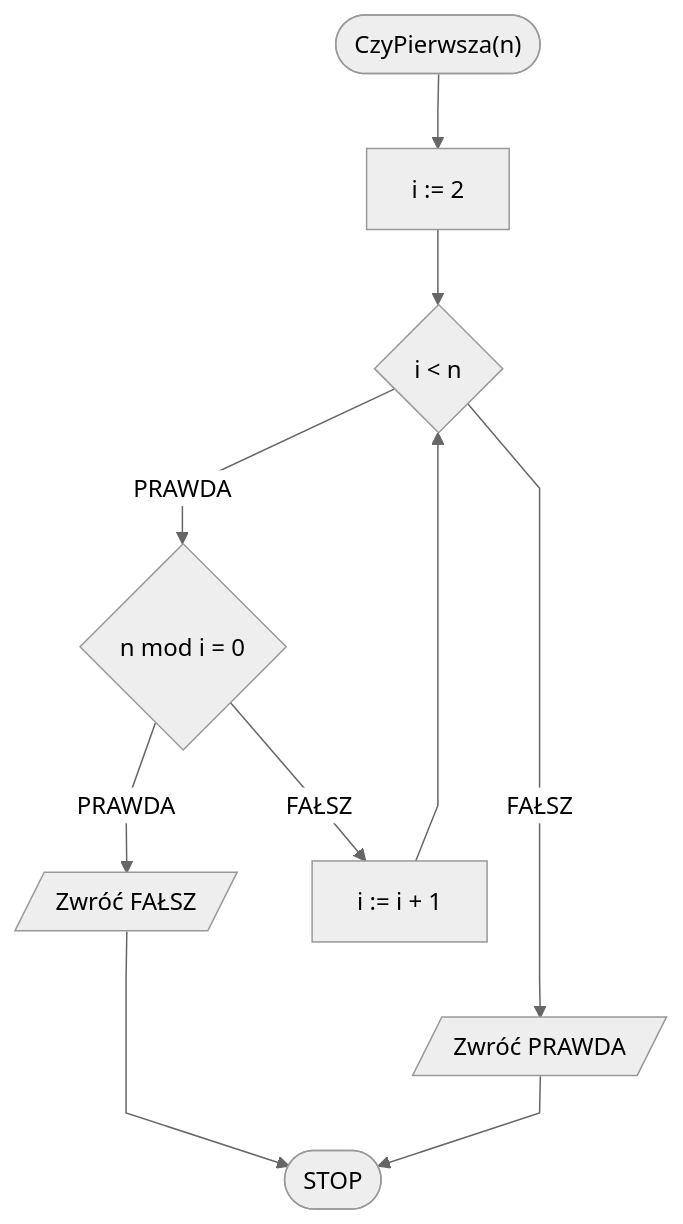
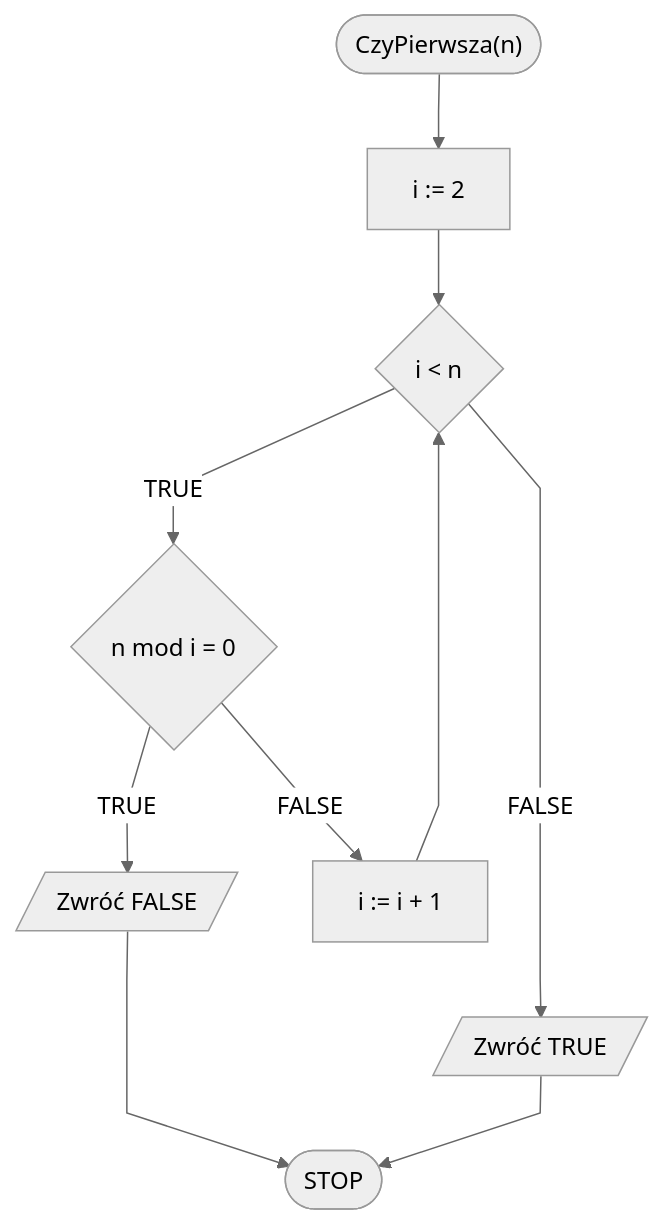
Before and after one commit to blackbat13/edu-cs-htiew-en: the first of 3 diagrams in docs/algorithms/integers/prime-test.md, drawn with Mermaid. The commit also changed other lines of this file and 682 other files, not shown here.

````diff
--- a/docs/algorithms/integers/prime-test.md
+++ b/docs/algorithms/integers/prime-test.md
@@ -82,13 +82,13 @@
 ```mermaid
 %%{init: {"flowchart": {"curve": "linear"}, "theme": "neutral"} }%%
 flowchart TD
 	START(["CzyPierwsza(n)"]) --> K0[i := 2]
 	K0 --> K1{i < n}
-	K1 -- PRAWDA --> K2{n mod i = 0}
-	K2 -- PRAWDA --> K3[/Zwróć FAŁSZ/]
+	K1 -- TRUE --> K2{n mod i = 0}
+	K2 -- TRUE --> K3[/Zwróć FALSE/]
 	K3 --> STOP([STOP])
-	K2 -- FAŁSZ --> K1i[i := i + 1]
+	K2 -- FALSE --> K1i[i := i + 1]
 	K1i --> K1
-	K1 -- FAŁSZ ----> K4[/Zwróć PRAWDA/]
+	K1 -- FALSE ----> K4[/Zwróć TRUE/]
 	K4 --> STOP
 ```
````
